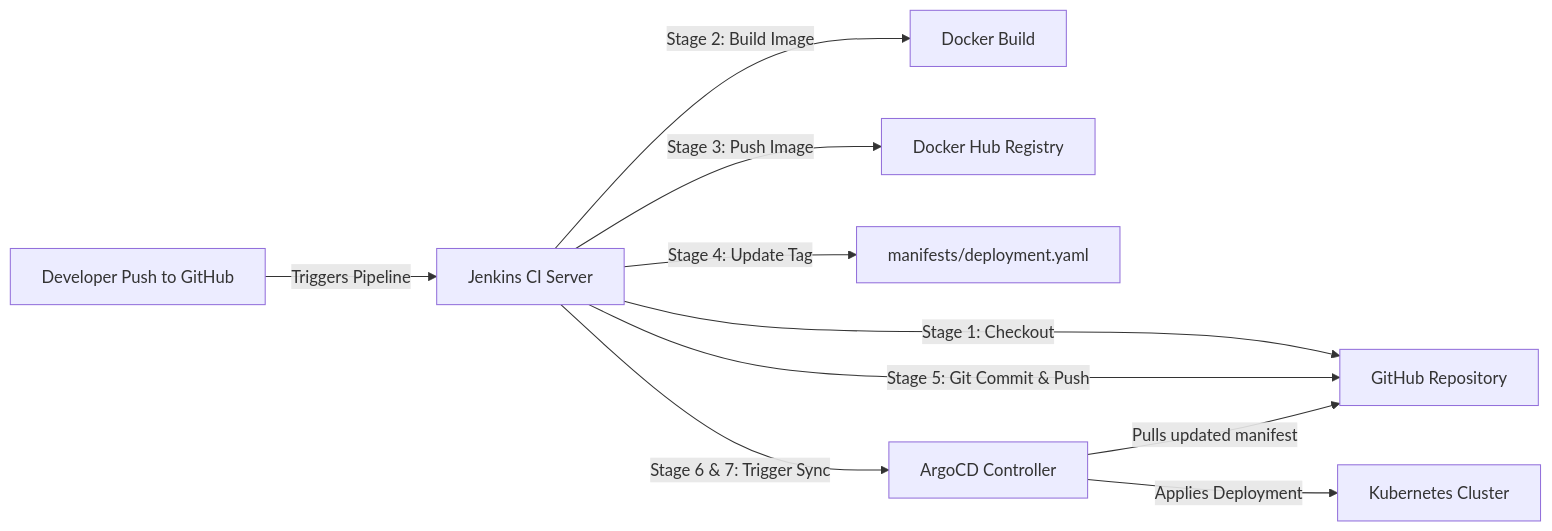
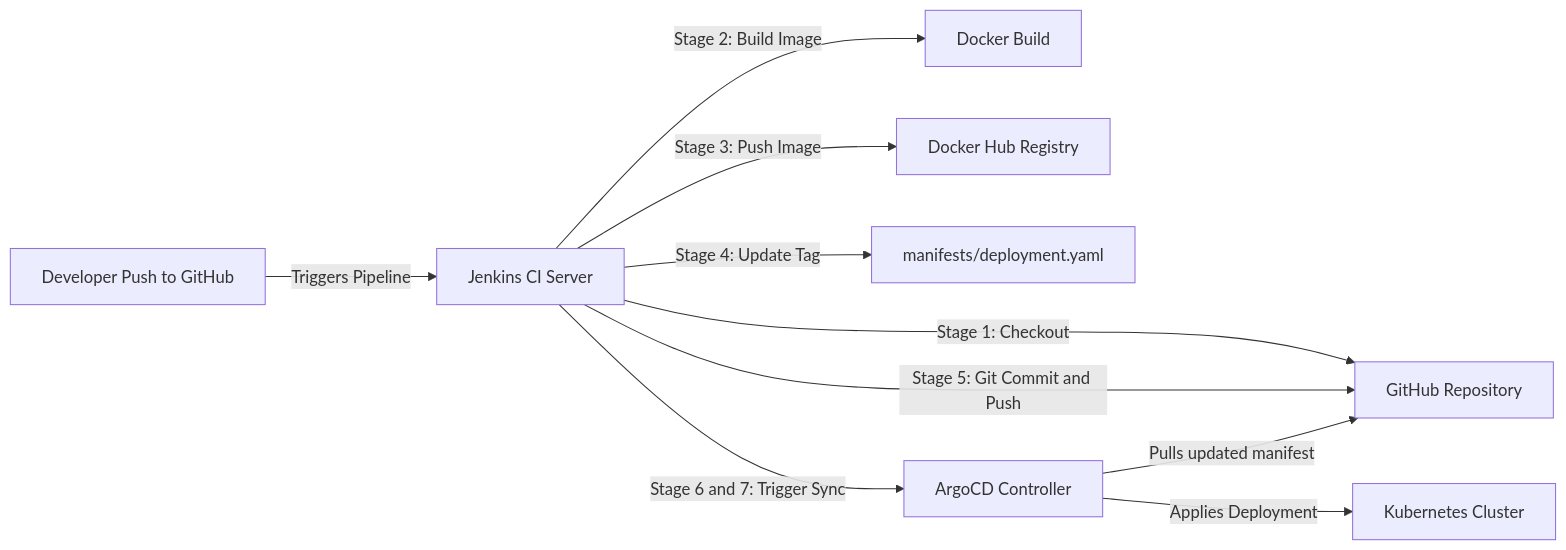
One commit to maskedwolf4/StudyBudAI changed the second of 2 diagrams in README.md. Above: the diagram before and after it, drawn with Mermaid. The commit also changed other lines of this file, not shown here.

````diff
--- a/README.md
+++ b/README.md
@@ -230,12 +230,12 @@
 ```mermaid
 flowchart LR
-    A[Developer Push to GitHub] -->|Triggers Pipeline| B[Jenkins CI Server]
-    B -->|Stage 1: Checkout| C[GitHub Repository]
-    B -->|Stage 2: Build Image| D[Docker Build]
-    B -->|Stage 3: Push Image| E[Docker Hub Registry]
-    B -->|Stage 4: Update Tag| F[manifests/deployment.yaml]
-    B -->|Stage 5: Git Commit & Push| C
-    B -->|Stage 6 & 7: Trigger Sync| G[ArgoCD Controller]
-    G -->|Pulls updated manifest| C
-    G -->|Applies Deployment| H[Kubernetes Cluster]
+    A["Developer Push to GitHub"] -->|"Triggers Pipeline"| B["Jenkins CI Server"]
+    B -->|"Stage 1: Checkout"| C["GitHub Repository"]
+    B -->|"Stage 2: Build Image"| D["Docker Build"]
+    B -->|"Stage 3: Push Image"| E["Docker Hub Registry"]
+    B -->|"Stage 4: Update Tag"| F["manifests/deployment.yaml"]
+    B -->|"Stage 5: Git Commit and Push"| C
+    B -->|"Stage 6 and 7: Trigger Sync"| G["ArgoCD Controller"]
+    G -->|"Pulls updated manifest"| C
+    G -->|"Applies Deployment"| H["Kubernetes Cluster"]
 ```
````
